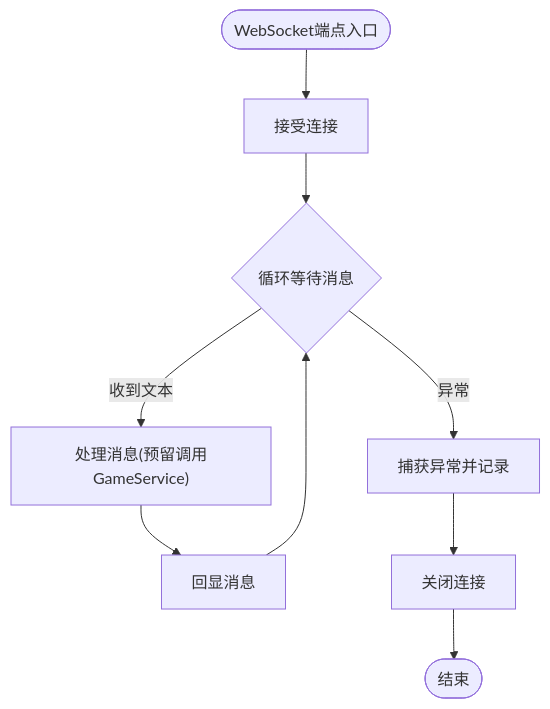
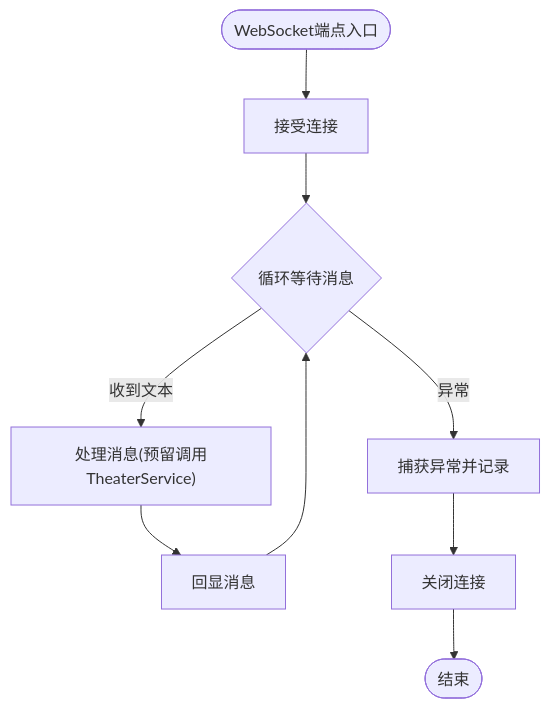
One commit to KunLabAI/KunFlix changed the third of 9 diagrams in .qoder/repowiki/zh/content/后端开发指南/WebSocket通信.md. Above: the diagram before and after it, drawn with Mermaid. The commit also changed other lines of this file and 112 other files, not shown here.

````diff
--- a/.qoder/repowiki/zh/content/后端开发指南/WebSocket通信.md
+++ b/.qoder/repowiki/zh/content/后端开发指南/WebSocket通信.md
@@ -113,11 +113,11 @@
 ```mermaid
 flowchart TD
 Start(["WebSocket端点入口"]) --> Accept["接受连接"]
 Accept --> Loop{"循环等待消息"}
-Loop --> |收到文本| Handle["处理消息(预留调用GameService)"]
+Loop --> |收到文本| Handle["处理消息(预留调用TheaterService)"]
 Handle --> Echo["回显消息"]
 Echo --> Loop
 Loop --> |异常| Catch["捕获异常并记录"]
 Catch --> Close["关闭连接"]
 Close --> End(["结束"])
 ```
````
